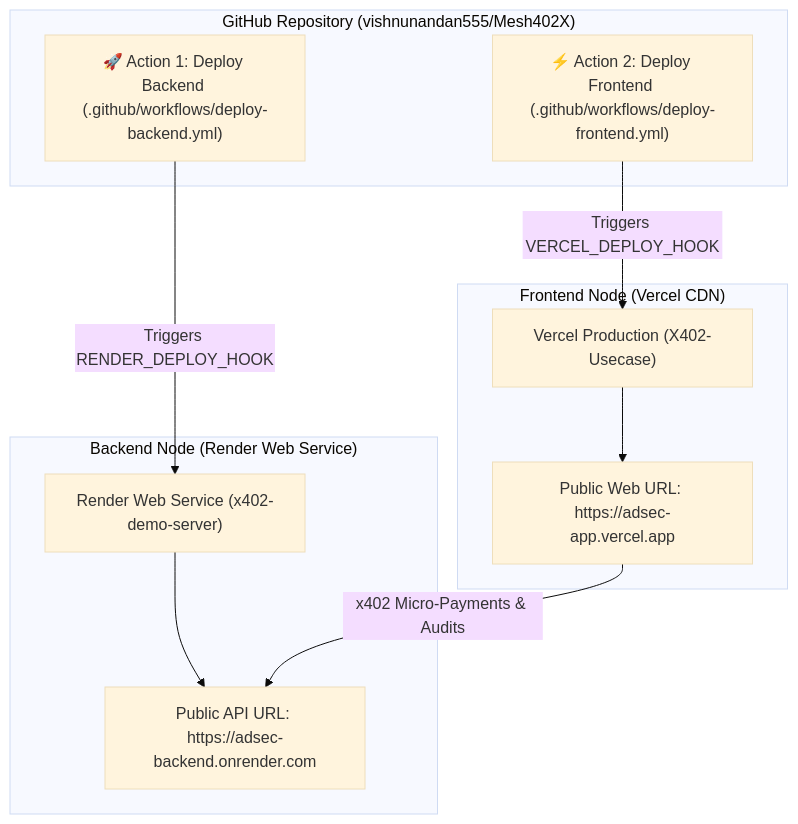
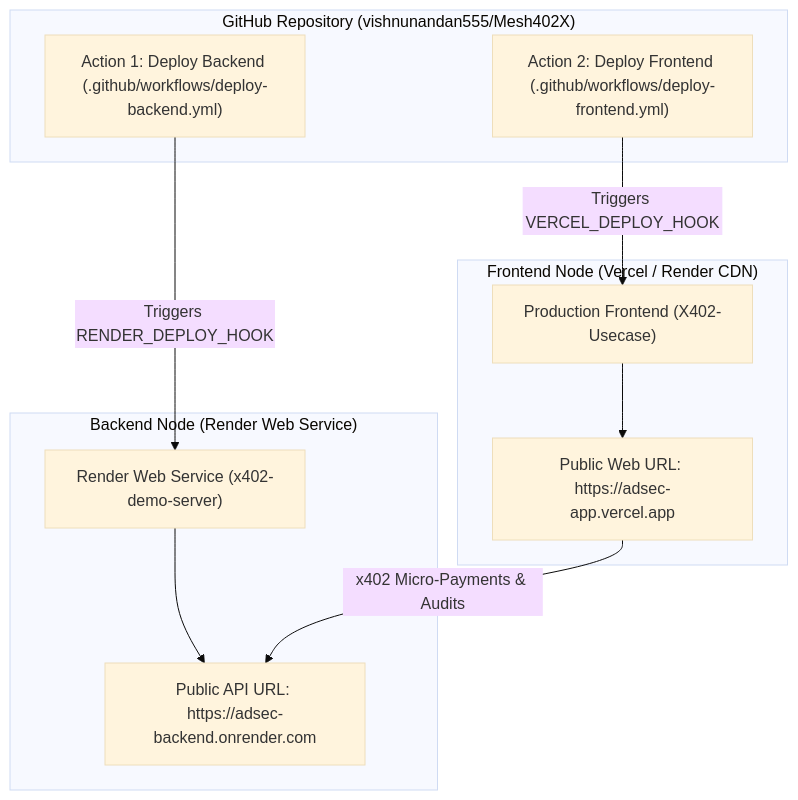
Before and after one commit to vishnunandan555/Mesh402X: the diagram in HOSTING_GUIDE.md, drawn with Mermaid (base theme). The commit also changed other lines of this file and 4 other files, not shown here.

````diff
--- a/HOSTING_GUIDE.md
+++ b/HOSTING_GUIDE.md
@@ -10,19 +12,19 @@
 ```mermaid
 flowchart TD
     subgraph GitHub["GitHub Repository (vishnunandan555/Mesh402X)"]
-        A["🚀 Action 1: Deploy Backend (.github/workflows/deploy-backend.yml)"]
-        B["⚡ Action 2: Deploy Frontend (.github/workflows/deploy-frontend.yml)"]
+        A["Action 1: Deploy Backend (.github/workflows/deploy-backend.yml)"]
+        B["Action 2: Deploy Frontend (.github/workflows/deploy-frontend.yml)"]
     end
 
     subgraph RenderHost["Backend Node (Render Web Service)"]
         A -->|Triggers RENDER_DEPLOY_HOOK| C["Render Web Service (x402-demo-server)"]
         C --> D["Public API URL: https://adsec-backend.onrender.com"]
     end
 
-    subgraph VercelHost["Frontend Node (Vercel CDN)"]
-        B -->|Triggers VERCEL_DEPLOY_HOOK| E["Vercel Production (X402-Usecase)"]
+    subgraph VercelHost["Frontend Node (Vercel / Render CDN)"]
+        B -->|Triggers VERCEL_DEPLOY_HOOK| E["Production Frontend (X402-Usecase)"]
         E --> F["Public Web URL: https://adsec-app.vercel.app"]
     end
 
     F -->|x402 Micro-Payments & Audits| D
 ```
````
